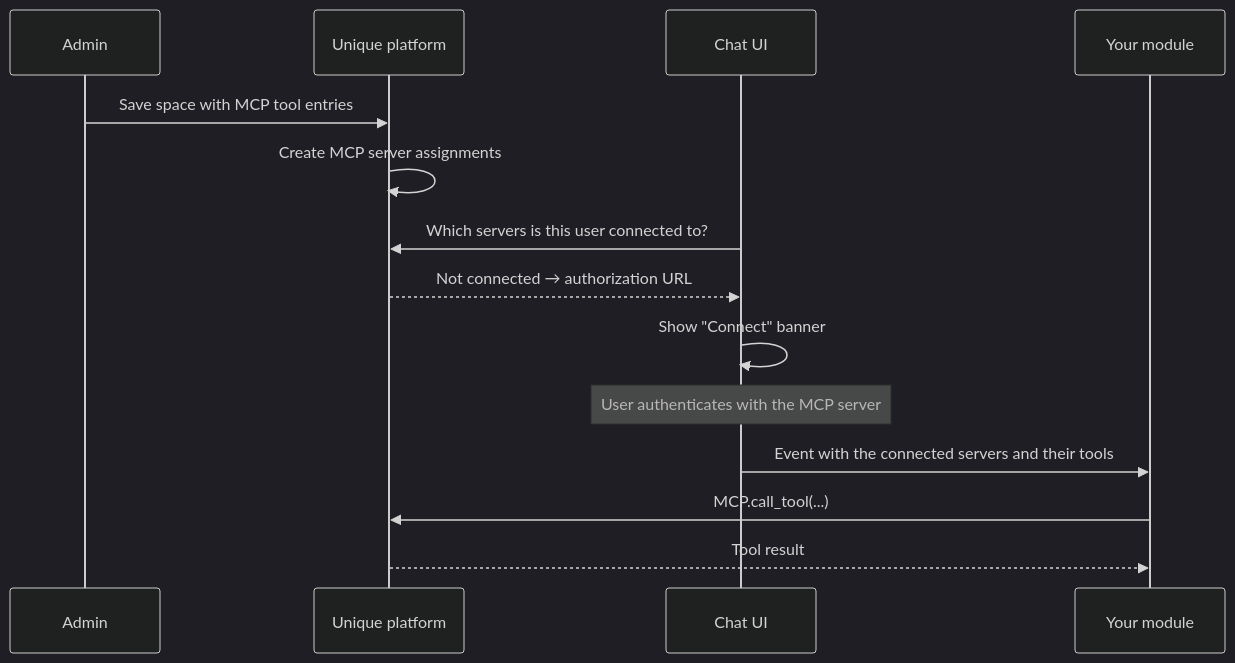
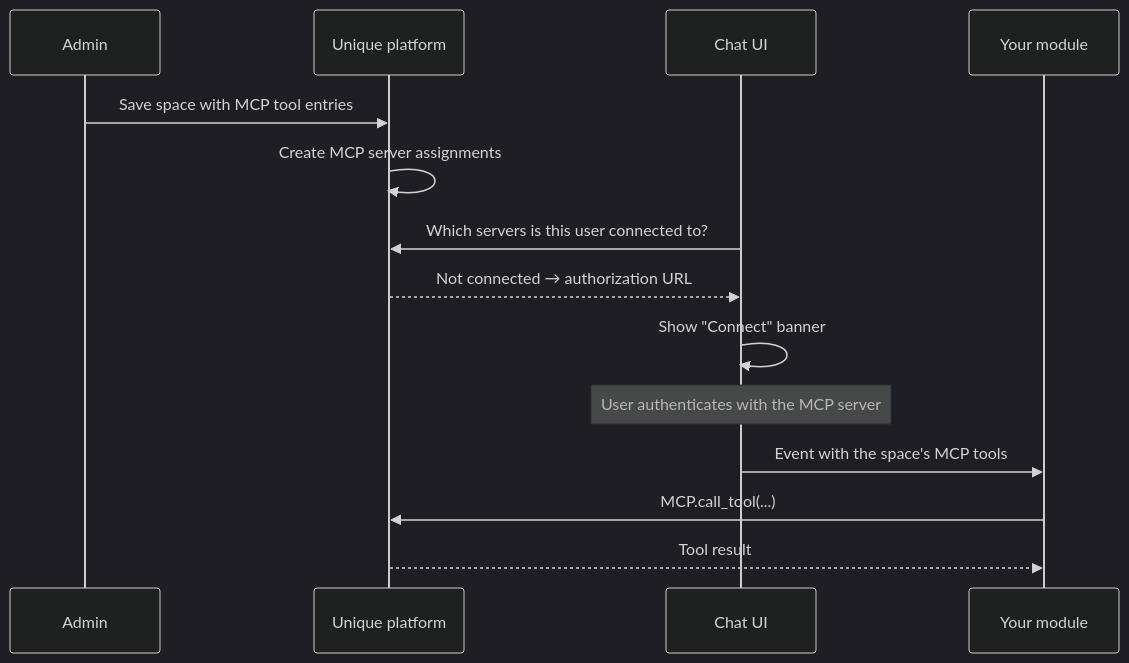
The diagram in tutorials/docs/mcp/mcp_custom_module.md (Unique-AG/ai), drawn with Mermaid (dark theme) before and after one commit. The commit also changed other lines of this file and 3 other files, not shown here.

First line of the commit message:
docs(tutorials-mcp): explain why the example ignores is_connected

````diff
--- a/tutorials/docs/mcp/mcp_custom_module.md
+++ b/tutorials/docs/mcp/mcp_custom_module.md
@@ -19,17 +19,17 @@
 ```mermaid
 sequenceDiagram
     participant Admin
     participant Platform as Unique platform
     participant Chat as Chat UI
     participant Module as Your module
 
     Admin->>Platform: Save space with MCP tool entries
     Platform->>Platform: Create MCP server assignments
     Chat->>Platform: Which servers is this user connected to?
     Platform-->>Chat: Not connected → authorization URL
     Chat->>Chat: Show "Connect" banner
     Note over Chat: User authenticates with the MCP server
-    Chat->>Module: Event with the connected servers and their tools
+    Chat->>Module: Event with the space's MCP tools
     Module->>Platform: MCP.call_tool(...)
     Platform-->>Module: Tool result
 ```
````
